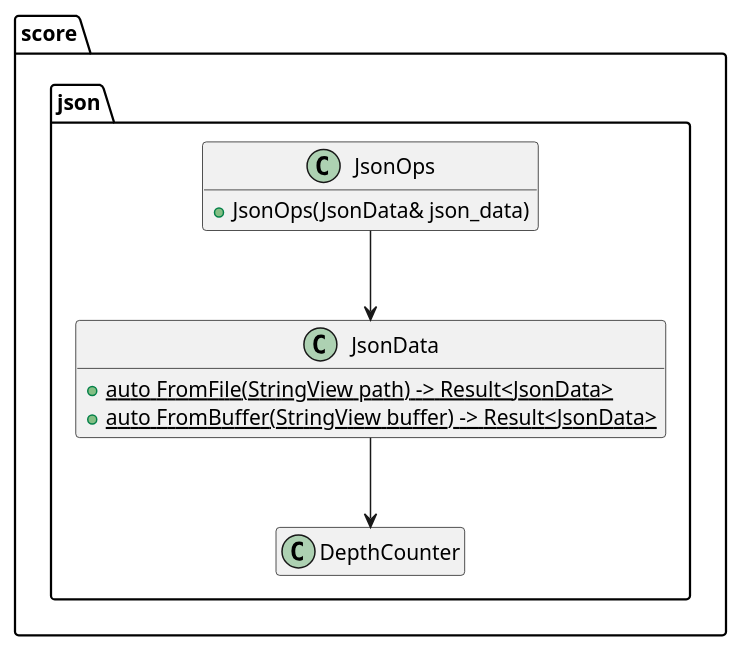
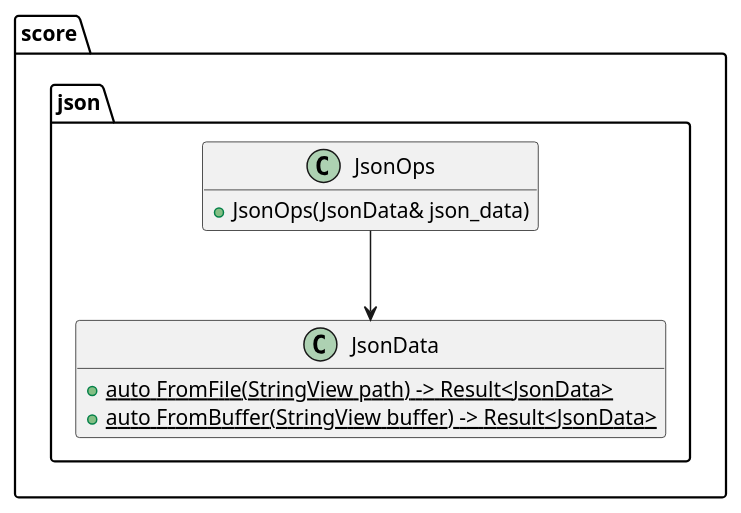
One commit to eclipse-score/baselibs changed the second of 3 diagrams in score/json/docs/vajson/detailed_design/logical/Reader.rst. Above: the diagram before and after it, drawn with PlantUML. The commit also changed other lines of this file and 14 other files, not shown here.

First line of the commit message:
json parser: replace DepthCounter with a StructureValidator owned by the parser

```diff
--- a/score/json/docs/vajson/detailed_design/logical/Reader.rst
+++ b/score/json/docs/vajson/detailed_design/logical/Reader.rst
@@ -131,25 +135,21 @@
 .. uml::
 
     @startuml
     hide empty members
 
     package "score" {
       package "json" {
         class JsonOps {
           + JsonOps(JsonData& json_data)
         }
 
         class JsonData {
           + {static} auto FromFile(StringView path) -> Result<JsonData>
           + {static} auto FromBuffer(StringView buffer) -> Result<JsonData>
         }
-
-        class DepthCounter {}
       }
     }
 
     JsonOps --> JsonData
 
-    JsonData --> DepthCounter
-
     @enduml
```
